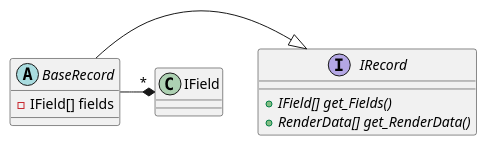
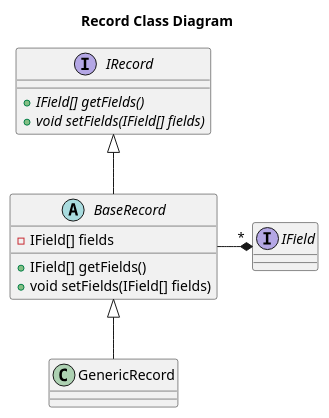
Before and after one commit to dgitz/eros: the diagram in doc/SystemMonitor/RecordClassDiagram.puml, drawn with PlantUML. The commit also changed 9 other files, not shown here.

```diff
--- a/doc/SystemMonitor/RecordClassDiagram.puml
+++ b/doc/SystemMonitor/RecordClassDiagram.puml
@@ -1,13 +1,21 @@
 @startuml
+title "Record Class Diagram"
 interface IRecord {
-    +{abstract}IField[] get_Fields()
-    +{abstract} RenderData[] get_RenderData()
+    +{abstract}IField[] getFields()
+    +{abstract} void setFields(IField[] fields)
 }
 
 abstract BaseRecord {
+    +IField[] getFields()
+    +void setFields(IField[] fields)
     -IField[] fields
 
 }
-BaseRecord -|> IRecord
+class GenericRecord {
+
+}
+interface IField {}
+IRecord <|-- BaseRecord
 BaseRecord -* "*" IField
+BaseRecord <|-- GenericRecord
 @enduml
```
